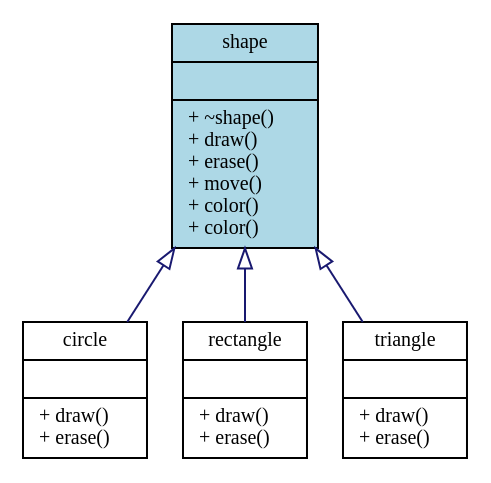
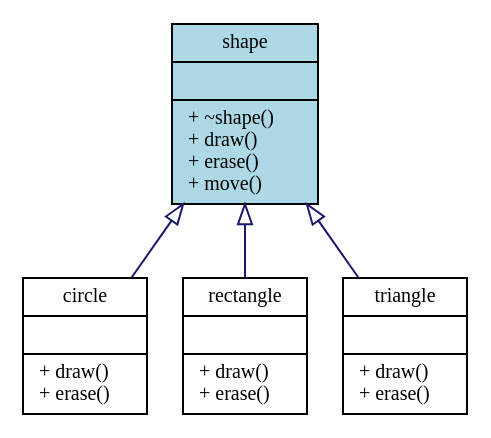
One commit to DaveParillo/intermediate-cpp changed the diagram in _sources/class-III-design/oo-concepts.rst. Above: the diagram before and after it, drawn with Graphviz.

Commit message:
removed color()

```diff
--- a/_sources/class-III-design/oo-concepts.rst
+++ b/_sources/class-III-design/oo-concepts.rst
@@ -381,32 +381,32 @@
 .. graphviz:: 
    :alt: Shape inheritance
 
    digraph "shape"
    {
      edge [fontname="BitstreamVeraSans",
            fontsize="10",
            labelfontname="BitstreamVeraSans",
            labelfontsize="10",
            dir="back",
            arrowtail="onormal",
            style="solid",
            color="midnightblue"];
      node [fontname="BitstreamVeraSans",
            fontsize="10",
            height=0.2,
            width=0.4,
            color="black",
            fillcolor="white",
            shape=record,
            style="filled"];
      shape [
-       label="{shape\n||+ ~shape()\l+ draw()\l+ erase()\l+ move()\l+ color()\l+ color()\l}",
+       label="{shape\n||+ ~shape()\l+ draw()\l+ erase()\l+ move()\l}",
        fillcolor="lightblue"];
      shape -> circle;
      circle [
        label="{circle\n||+ draw()\l+ erase()\l}"];
      shape -> rect;
      rect [label="{rectangle\n||+ draw()\l+ erase()\l}"];
      shape -> tri;
      tri [label="{triangle\n||+ draw()\l+ erase()\l}"];
    }
```
